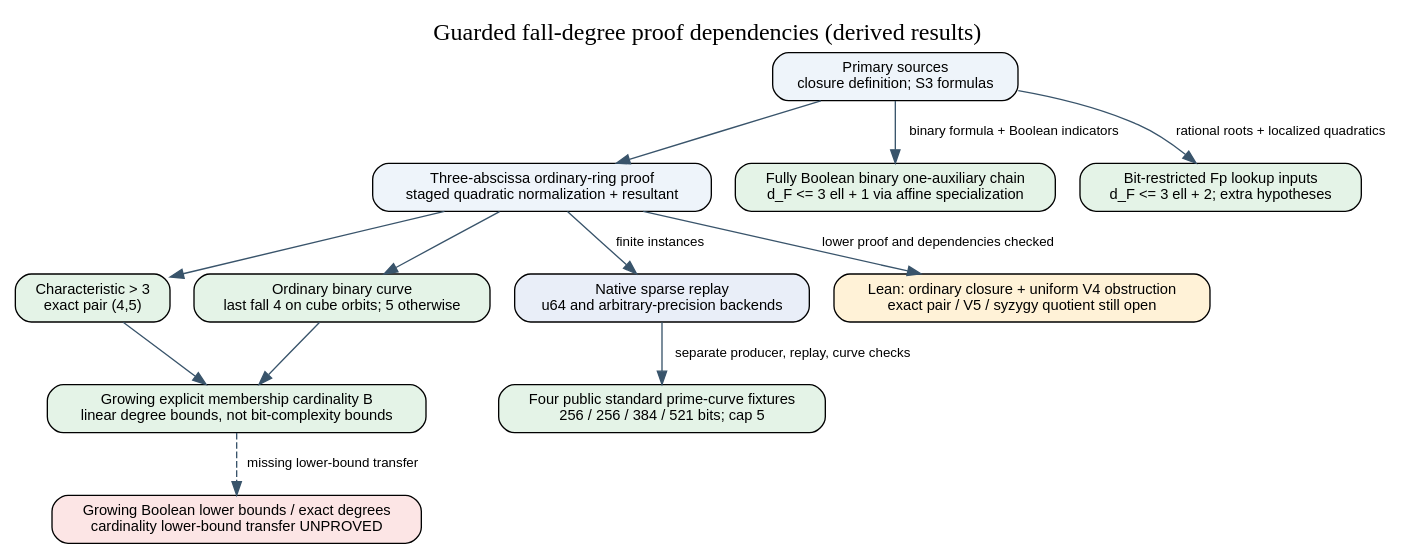
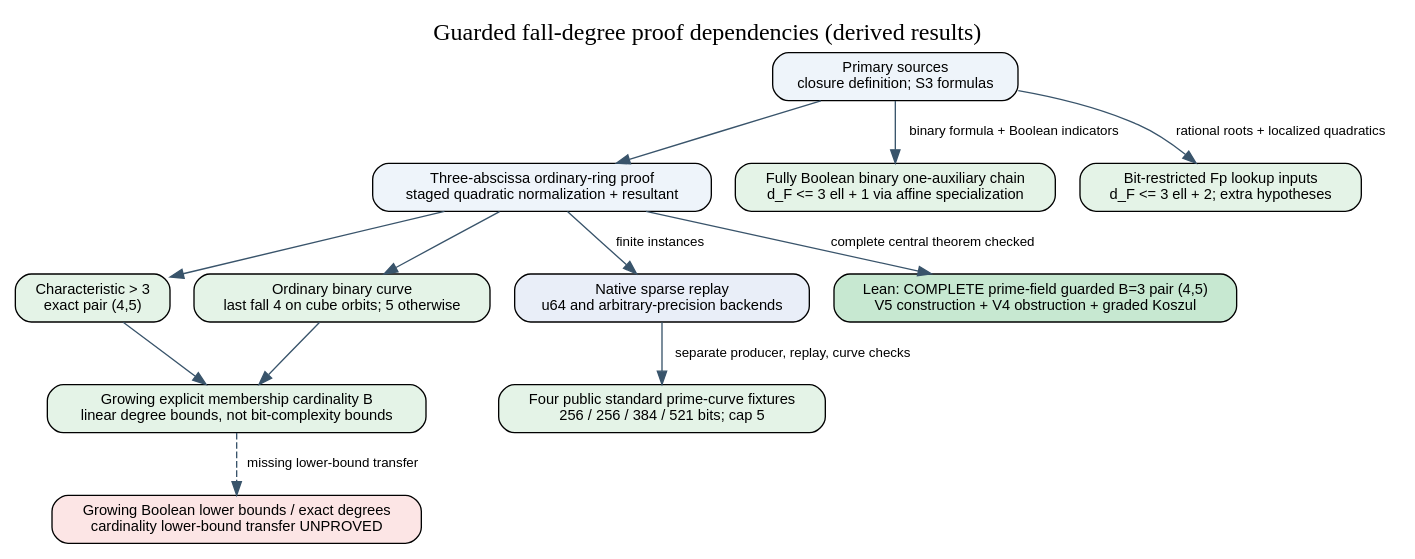
The diagram in research/guarded_fall_degree_20261028/reports/proof-dependencies.dot (isogeny-labs/crypto), drawn with Graphviz before and after one commit. The commit also changed 66 other files, not shown here.

Commit message:
research: prove the guarded exact fall-degree pair in Lean

```diff
--- a/research/guarded_fall_degree_20261028/reports/proof-dependencies.dot
+++ b/research/guarded_fall_degree_20261028/reports/proof-dependencies.dot
@@ -1,27 +1,27 @@
 digraph proof {
   graph [rankdir=TB, bgcolor="white", label="Guarded fall-degree proof dependencies (derived results)", labelloc=t, fontsize=18];
   node [shape=box, style="rounded,filled", fillcolor="#eef4fa", fontname="Helvetica", fontsize=11];
   edge [color="#39546b", fontname="Helvetica", fontsize=10];
   sources [label="Primary sources\nclosure definition; S3 formulas"];
   local [label="Three-abscissa ordinary-ring proof\nstaged quadratic normalization + resultant"];
   odd [label="Characteristic > 3\nexact pair (4,5)", fillcolor="#e4f3e7"];
   binary [label="Ordinary binary curve\nlast fall 4 on cube orbits; 5 otherwise", fillcolor="#e4f3e7"];
   growing [label="Growing explicit membership cardinality B\nlinear degree bounds, not bit-complexity bounds", fillcolor="#e4f3e7"];
   native [label="Native sparse replay\nu64 and arbitrary-precision backends", fillcolor="#e9eef8"];
   large [label="Four public standard prime-curve fixtures\n256 / 256 / 384 / 521 bits; cap 5", fillcolor="#e4f3e7"];
-  lean [label="Lean: ordinary closure + uniform V4 obstruction\nexact pair / V5 / syzygy quotient still open", fillcolor="#fff2d7"];
+  lean [label="Lean: COMPLETE prime-field guarded B=3 pair (4,5)\nV5 construction + V4 obstruction + graded Koszul", fillcolor="#c7e8d1"];
   boolupper [label="Fully Boolean binary one-auxiliary chain\nd_F <= 3 ell + 1 via affine specialization", fillcolor="#e4f3e7"];
   primebits [label="Bit-restricted Fp lookup inputs\nd_F <= 3 ell + 2; extra hypotheses", fillcolor="#e4f3e7"];
   boolean [label="Growing Boolean lower bounds / exact degrees\ncardinality lower-bound transfer UNPROVED", fillcolor="#fce5e5"];
   sources -> local;
   sources -> boolupper [label="binary formula + Boolean indicators"];
   sources -> primebits [label="rational roots + localized quadratics"];
   local -> odd;
   local -> binary;
   odd -> growing;
   binary -> growing;
   local -> native [label="finite instances"];
   native -> large [label="separate producer, replay, curve checks"];
-  local -> lean [label="lower proof and dependencies checked"];
+  local -> lean [label="complete central theorem checked"];
   growing -> boolean [style=dashed, label="missing lower-bound transfer"];
 }
```
